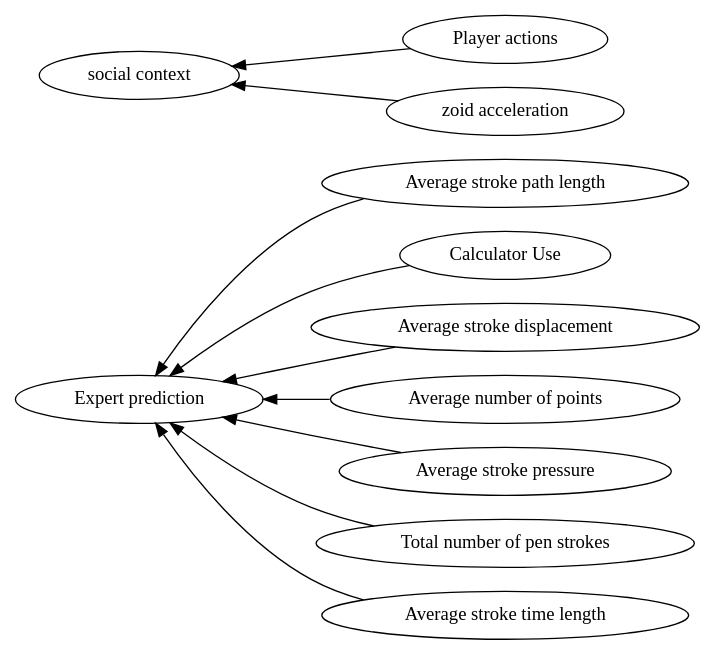
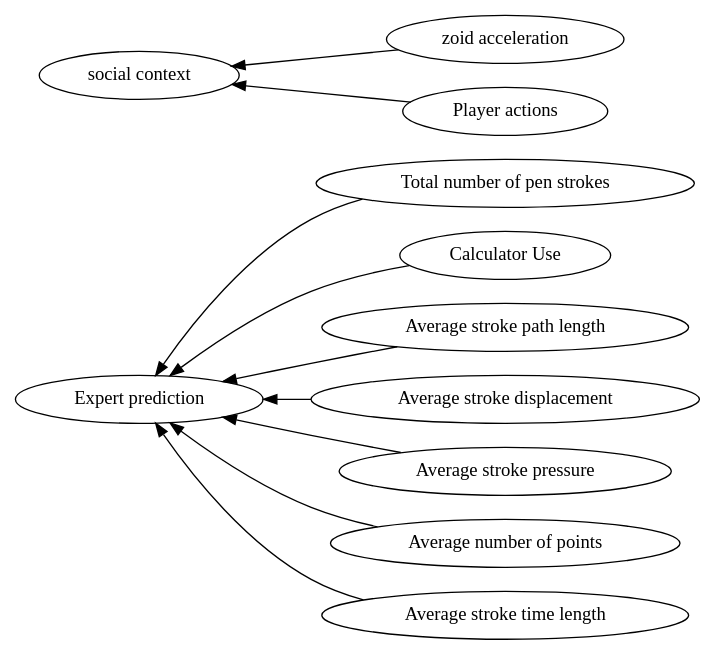
The diagram in graphviz/Log Data -> group composition.gv (hgse-schneider/mmca), drawn with Graphviz before and after one commit. The commit also changed 115 other files, not shown here.

```diff
--- a/graphviz/Log Data -> group composition.gv
+++ b/graphviz/Log Data -> group composition.gv
@@ -1,26 +1,26 @@
 digraph Test {
 	rankdir=RL
 	size="10,10"
 	overlap=false
 	splines=true
-	{rank=same; "Average stroke path length" "Calculator Use" "Player actions" "zoid acceleration" "Average stroke displacement" "Average number of points" "Average stroke pressure" "Total number of pen strokes" "Average stroke time length";}
+	{rank=same; "Total number of pen strokes" "zoid acceleration" "Player actions" "Calculator Use" "Average stroke path length" "Average stroke displacement" "Average stroke pressure" "Average number of points" "Average stroke time length";}
 	{rank=same; "social context" "Expert prediction";}
-	"Calculator Use" [href="https://scholar.google.com/scholar?hl=en&q=Expertise%20estimation%20based%20on%20simple%20multimodal%20features"]
+	"Calculator Use" [href="https://scholar.google.com/scholar?hl=en&q=Expertise%20estimation%20based%20on%20simple%20multimodal%20features" target=_blank]
 	"Calculator Use" -> "Expert prediction"
-	"Total number of pen strokes" [href="https://scholar.google.com/scholar?hl=en&q=Expertise%20estimation%20based%20on%20simple%20multimodal%20features"]
+	"Total number of pen strokes" [href="https://scholar.google.com/scholar?hl=en&q=Expertise%20estimation%20based%20on%20simple%20multimodal%20features" target=_blank]
 	"Total number of pen strokes" -> "Expert prediction"
-	"Average number of points" [href="https://scholar.google.com/scholar?hl=en&q=Expertise%20estimation%20based%20on%20simple%20multimodal%20features"]
+	"Average number of points" [href="https://scholar.google.com/scholar?hl=en&q=Expertise%20estimation%20based%20on%20simple%20multimodal%20features" target=_blank]
 	"Average number of points" -> "Expert prediction"
-	"Average stroke time length" [href="https://scholar.google.com/scholar?hl=en&q=Expertise%20estimation%20based%20on%20simple%20multimodal%20features"]
+	"Average stroke time length" [href="https://scholar.google.com/scholar?hl=en&q=Expertise%20estimation%20based%20on%20simple%20multimodal%20features" target=_blank]
 	"Average stroke time length" -> "Expert prediction"
-	"Average stroke path length" [href="https://scholar.google.com/scholar?hl=en&q=Expertise%20estimation%20based%20on%20simple%20multimodal%20features"]
+	"Average stroke path length" [href="https://scholar.google.com/scholar?hl=en&q=Expertise%20estimation%20based%20on%20simple%20multimodal%20features" target=_blank]
 	"Average stroke path length" -> "Expert prediction"
-	"Average stroke displacement" [href="https://scholar.google.com/scholar?hl=en&q=Expertise%20estimation%20based%20on%20simple%20multimodal%20features"]
+	"Average stroke displacement" [href="https://scholar.google.com/scholar?hl=en&q=Expertise%20estimation%20based%20on%20simple%20multimodal%20features" target=_blank]
 	"Average stroke displacement" -> "Expert prediction"
-	"Average stroke pressure" [href="https://scholar.google.com/scholar?hl=en&q=Expertise%20estimation%20based%20on%20simple%20multimodal%20features"]
+	"Average stroke pressure" [href="https://scholar.google.com/scholar?hl=en&q=Expertise%20estimation%20based%20on%20simple%20multimodal%20features" target=_blank]
 	"Average stroke pressure" -> "Expert prediction"
-	"Player actions" [href="https://scholar.google.com/scholar?hl=en&q=Gaze%20quality%20assisted%20automatic%20recognition%20of%20social%20contexts%20in%20collaborative%20Tetris"]
+	"Player actions" [href="https://scholar.google.com/scholar?hl=en&q=Gaze%20quality%20assisted%20automatic%20recognition%20of%20social%20contexts%20in%20collaborative%20Tetris" target=_blank]
 	"Player actions" -> "social context"
-	"zoid acceleration" [href="https://scholar.google.com/scholar?hl=en&q=Gaze%20quality%20assisted%20automatic%20recognition%20of%20social%20contexts%20in%20collaborative%20Tetris"]
+	"zoid acceleration" [href="https://scholar.google.com/scholar?hl=en&q=Gaze%20quality%20assisted%20automatic%20recognition%20of%20social%20contexts%20in%20collaborative%20Tetris" target=_blank]
 	"zoid acceleration" -> "social context"
 }
```
